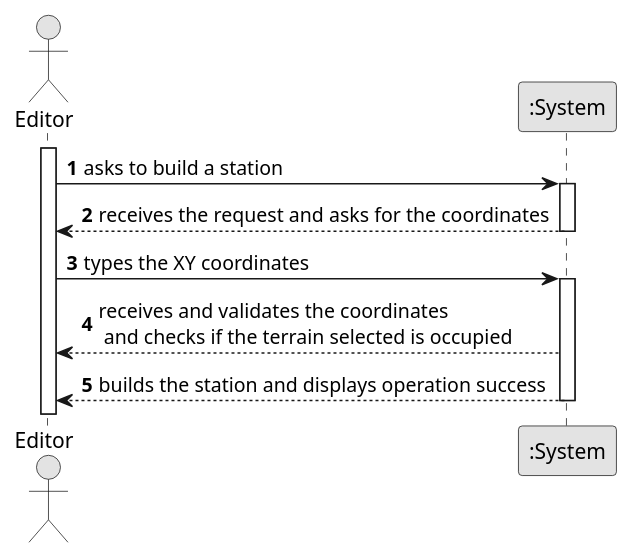
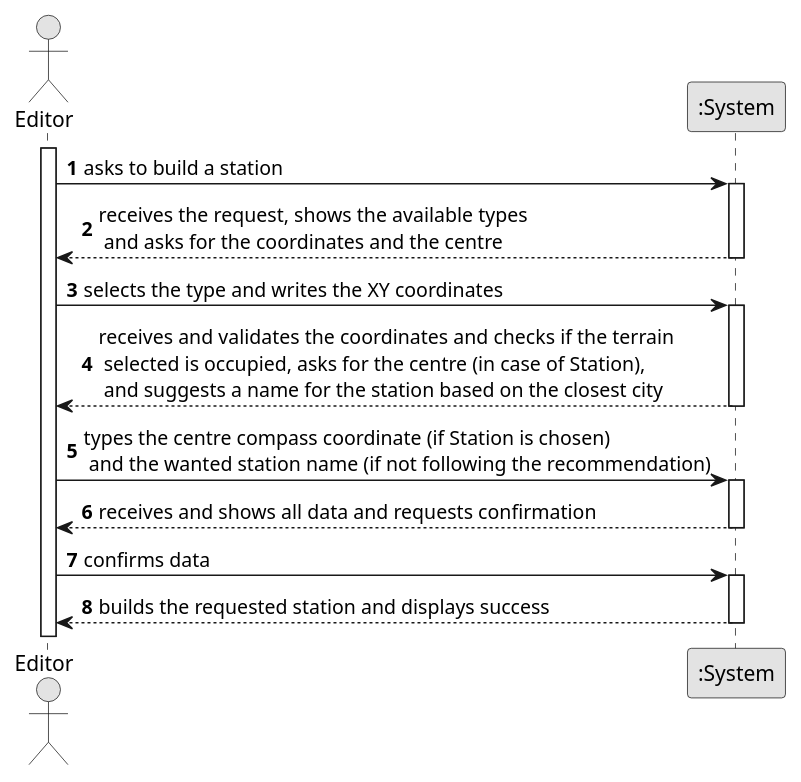
The diagram in docsFinais/US005/01.requirements-engineering/puml/US005-SSD.puml (1240935/pi2-railway-simulator), drawn with PlantUML before and after one commit. The commit also changed 31 other files, not shown here.

```diff
--- a/docsFinais/US005/01.requirements-engineering/puml/US005-SSD.puml
+++ b/docsFinais/US005/01.requirements-engineering/puml/US005-SSD.puml
@@ -1,27 +1,38 @@
 @startuml
 skinparam monochrome true
 skinparam packageStyle rectangle
 skinparam shadowing false
 
 autonumber
 
 actor "Editor" as Editor
 participant ":System" as System
 
 activate Editor
 
     Editor -> System : asks to build a station
     activate System
 
-        System --> Editor : receives the request and asks for the coordinates
+        System --> Editor : receives the request, shows the available types \n and asks for the coordinates and the centre
     deactivate System
 
-    Editor -> System : types the XY coordinates
+    Editor -> System : selects the type and writes the XY coordinates
     activate System
 
-        System --> Editor : receives and validates the coordinates \n and checks if the terrain selected is occupied
-        System --> Editor : builds the station and displays operation success
+        System --> Editor : receives and validates the coordinates and checks if the terrain \n selected is occupied, asks for the centre (in case of Station), \n and suggests a name for the station based on the closest city
     deactivate System
+
+    Editor -> System : types the centre compass coordinate (if Station is chosen)\n and the wanted station name (if not following the recommendation)
+    activate System
+
+    System --> Editor : receives and shows all data and requests confirmation
+        deactivate System
+
+        Editor -> System : confirms data
+        activate System
+
+        System --> Editor : builds the requested station and displays success
+        deactivate System
 
 
 @enduml
```
